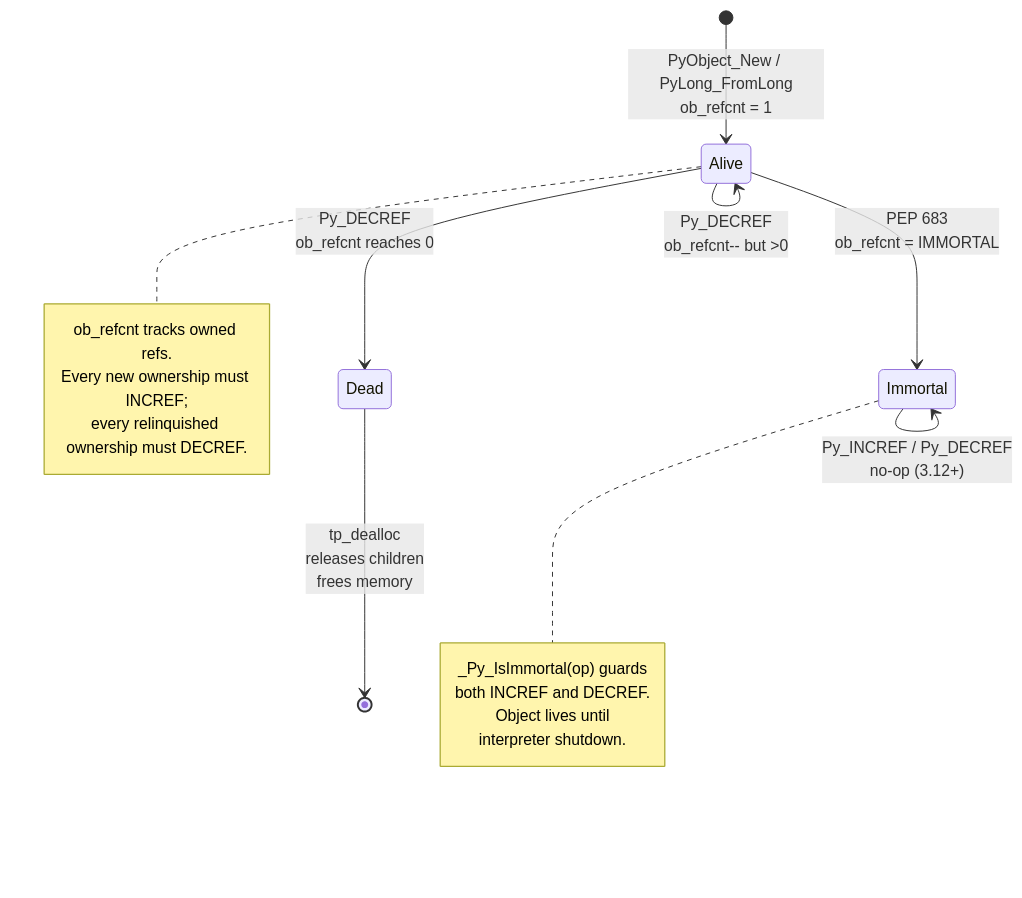
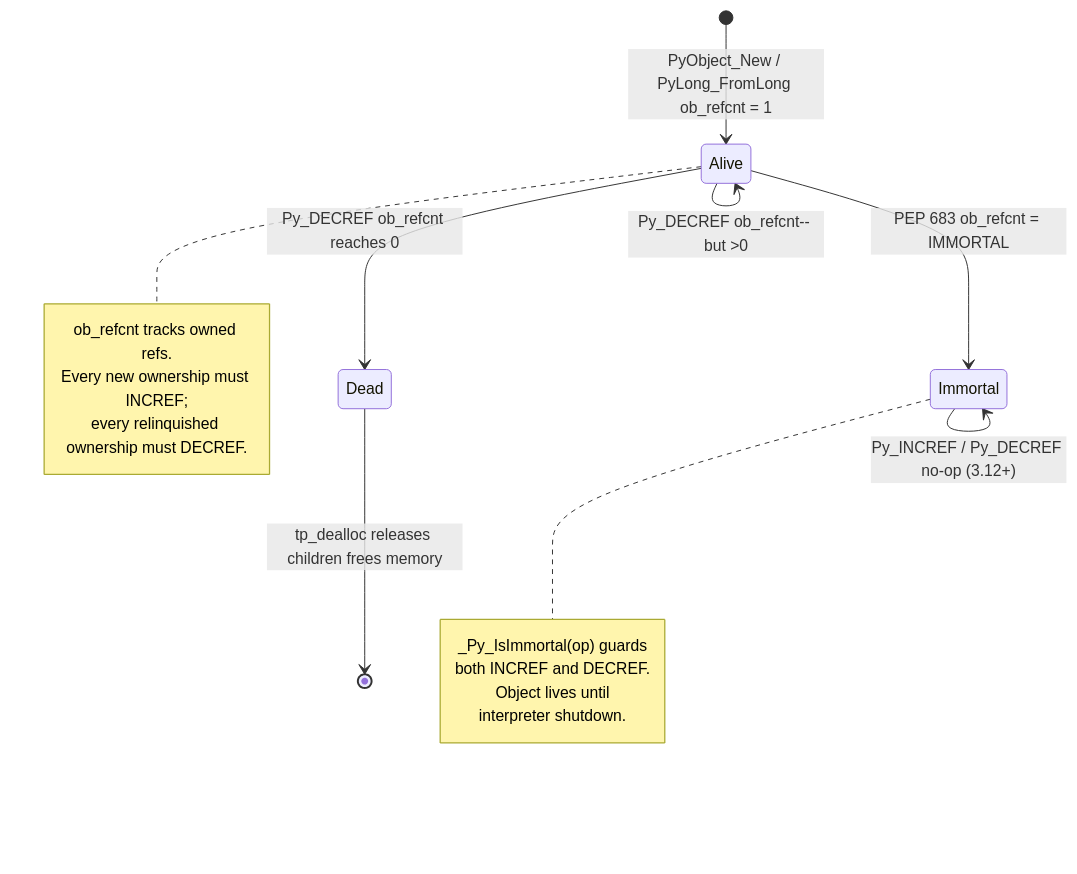
One commit to bumbsclaw/textbooks changed the fourth of 8 diagrams in vol-16-python-cpython-internals/ch02-objects-refcount.md. Above: the diagram before and after it, drawn with Mermaid. The commit also changed other lines of this file and 9 other files, not shown here.

First line of the commit message:
fix(pdf, mermaid): syntax-highlighted code blocks + diagram label fixes

````diff
--- a/vol-16-python-cpython-internals/ch02-objects-refcount.md
+++ b/vol-16-python-cpython-internals/ch02-objects-refcount.md
@@ -302,21 +302,21 @@
 ```mermaid
 stateDiagram-v2
-    [*] --> Alive: PyObject_New / PyLong_FromLong<br/>ob_refcnt = 1
-    Alive --> Alive: Py_INCREF<br/>ob_refcnt++
-    Alive --> Alive: Py_DECREF<br/>ob_refcnt-- but >0
-    Alive --> Dead: Py_DECREF<br/>ob_refcnt reaches 0
-    Dead --> [*]: tp_dealloc<br/>releases children<br/>frees memory
-    Alive --> Immortal: PEP 683<br/>ob_refcnt = IMMORTAL
-    Immortal --> Immortal: Py_INCREF / Py_DECREF<br/>no-op (3.12+)
+    [*] --> Alive: PyObject_New / PyLong_FromLong ob_refcnt = 1
+    Alive --> Alive: Py_INCREF ob_refcnt++
+    Alive --> Alive: Py_DECREF ob_refcnt-- but >0
+    Alive --> Dead: Py_DECREF ob_refcnt reaches 0
+    Dead --> [*]: tp_dealloc releases children frees memory
+    Alive --> Immortal: PEP 683 ob_refcnt = IMMORTAL
+    Immortal --> Immortal: Py_INCREF / Py_DECREF no-op (3.12+)
     note right of Alive
         ob_refcnt tracks owned refs.
         Every new ownership must INCREF;
         every relinquished ownership must DECREF.
     end note
     note right of Immortal
         _Py_IsImmortal(op) guards
         both INCREF and DECREF.
         Object lives until
         interpreter shutdown.
     end note
 ```
````
